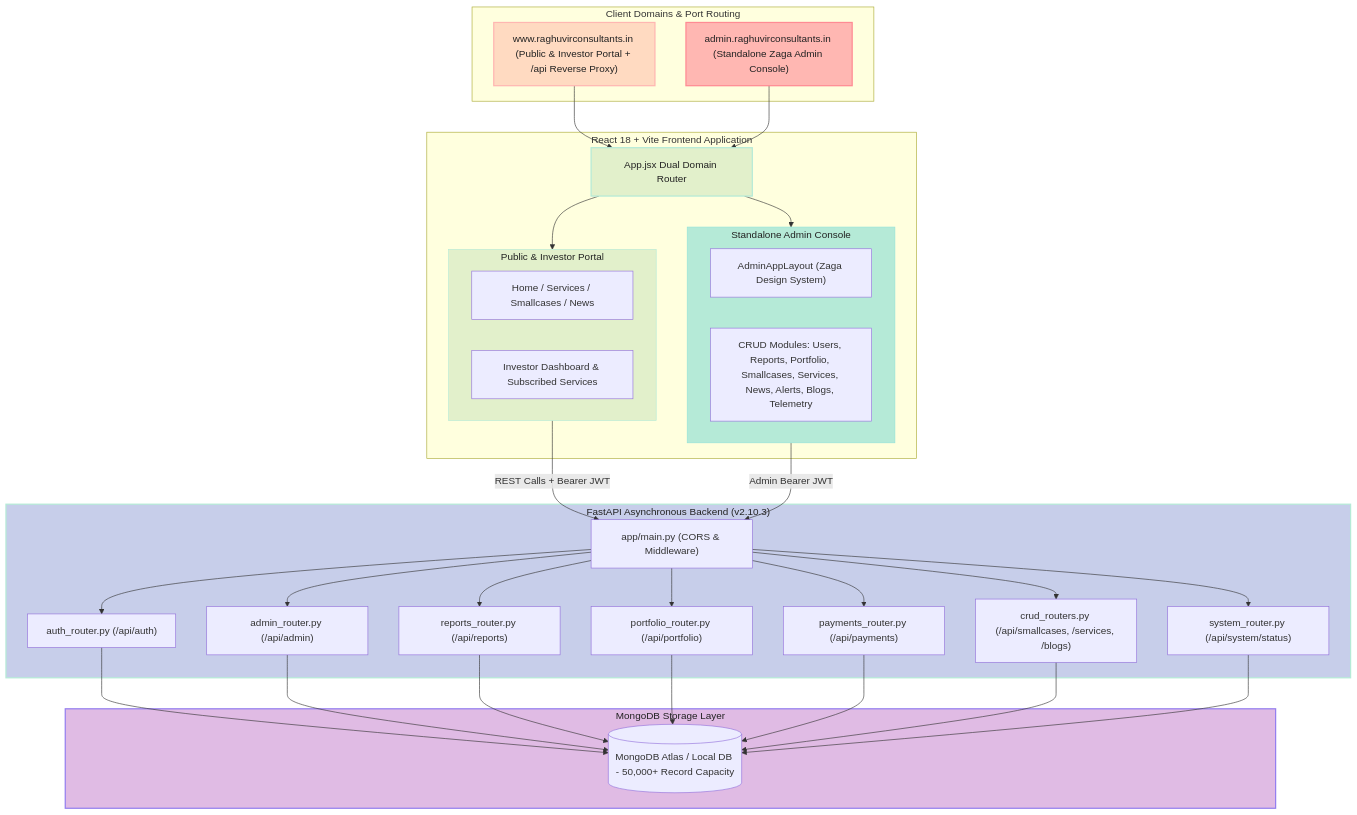
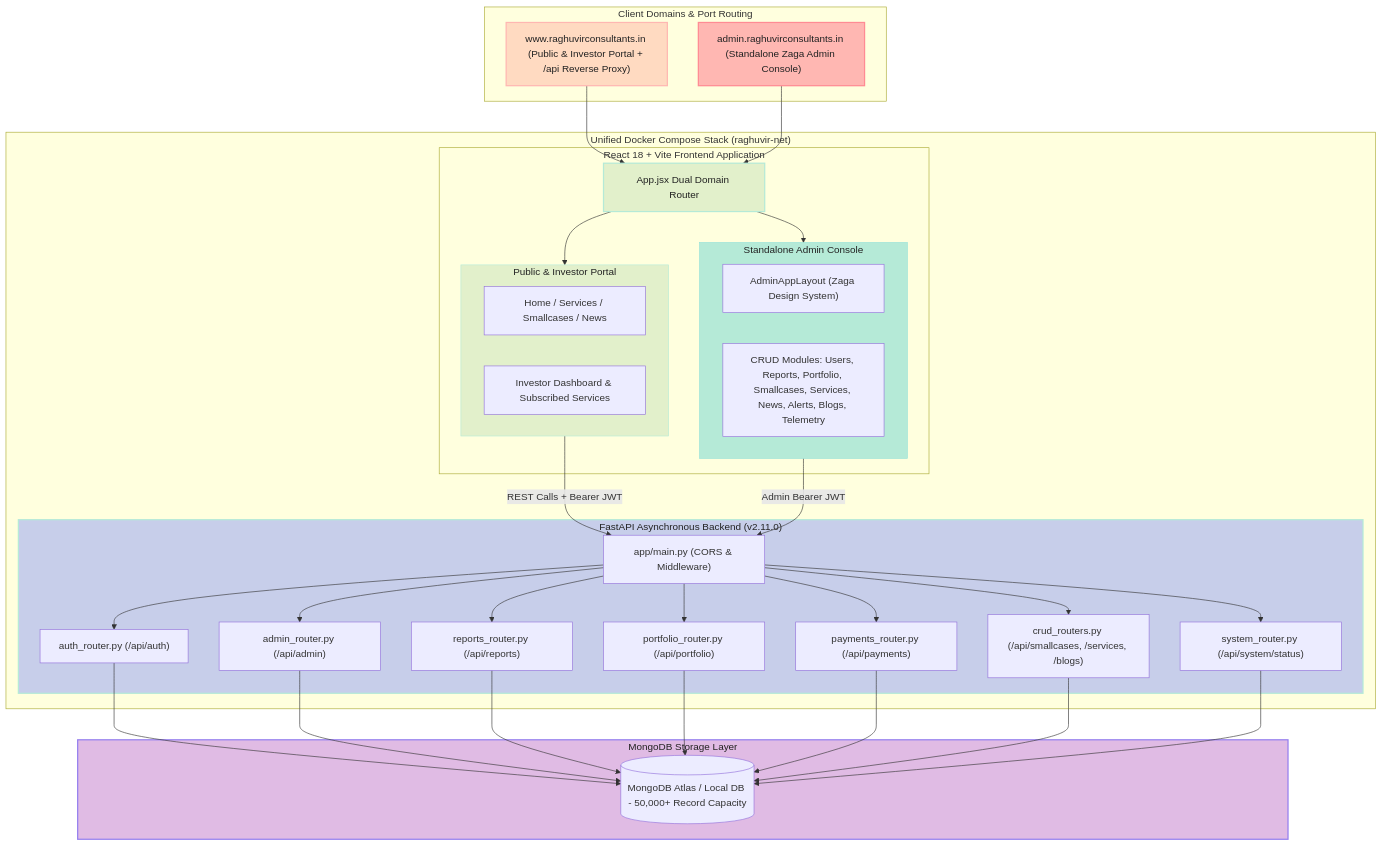
One commit to tejasrsuthar/raghuvirconsultants-site changed the first of 2 diagrams in backend/docs/ARCHITECTURE.md. Above: the diagram before and after it, drawn with Mermaid. The commit also changed other lines of this file and 23 other files, not shown here.

Commit message:
feat(orchestration): unified multi-service docker-compose stack and deployment guide, bump version to 2.11.0

````diff
--- a/backend/docs/ARCHITECTURE.md
+++ b/backend/docs/ARCHITECTURE.md
@@ -14,70 +14,72 @@
 ```mermaid
 graph TD
     subgraph ClientDomains["Client Domains & Port Routing"]
         PublicDomain["www.raghuvirconsultants.in (Public & Investor Portal + /api Reverse Proxy)"]
         AdminDomain["admin.raghuvirconsultants.in (Standalone Zaga Admin Console)"]
     end
 
-    subgraph ReactFrontend["React 18 + Vite Frontend Application"]
-        AppRouter["App.jsx Dual Domain Router"]
-        
-        subgraph PublicPortal["Public & Investor Portal"]
-          PublicViews["Home / Services / Smallcases / News"]
-          InvestorPortal["Investor Dashboard & Subscribed Services"]
+    subgraph ComposeStack["Unified Docker Compose Stack (raghuvir-net)"]
+        subgraph ReactFrontend["React 18 + Vite Frontend Application"]
+            AppRouter["App.jsx Dual Domain Router"]
+            
+            subgraph PublicPortal["Public & Investor Portal"]
+              PublicViews["Home / Services / Smallcases / News"]
+              InvestorPortal["Investor Dashboard & Subscribed Services"]
+            end
+
+            subgraph ZagaAdmin["Standalone Admin Console"]
+              AdminLayout["AdminAppLayout (Zaga Design System)"]
+              AdminModules["CRUD Modules: Users, Reports, Portfolio, Smallcases, Services, News, Alerts, Blogs, Telemetry"]
+            end
         end
 
-        subgraph ZagaAdmin["Standalone Admin Console"]
-          AdminLayout["AdminAppLayout (Zaga Design System)"]
-          AdminModules["CRUD Modules: Users, Reports, Portfolio, Smallcases, Services, News, Alerts, Blogs, Telemetry"]
+        subgraph FastAPIServer["FastAPI Asynchronous Backend (v2.11.0)"]
+            API["app/main.py (CORS & Middleware)"]
+            AuthRouter["auth_router.py (/api/auth)"]
+            AdminRouter["admin_router.py (/api/admin)"]
+            ReportsRouter["reports_router.py (/api/reports)"]
+            PortfolioRouter["portfolio_router.py (/api/portfolio)"]
+            PaymentsRouter["payments_router.py (/api/payments)"]
+            CRUDRouters["crud_routers.py (/api/smallcases, /services, /blogs)"]
+            SystemRouter["system_router.py (/api/system/status)"]
         end
-      end
-
-    subgraph FastAPIServer["FastAPI Asynchronous Backend (v2.10.3)"]
-        API["app/main.py (CORS & Middleware)"]
-        AuthRouter["auth_router.py (/api/auth)"]
-        AdminRouter["admin_router.py (/api/admin)"]
-        ReportsRouter["reports_router.py (/api/reports)"]
-        PortfolioRouter["portfolio_router.py (/api/portfolio)"]
-        PaymentsRouter["payments_router.py (/api/payments)"]
-        CRUDRouters["crud_routers.py (/api/smallcases, /services, /blogs)"]
-        SystemRouter["system_router.py (/api/system/status)"]
     end
 
     subgraph DataStore["MongoDB Storage Layer"]
         MongoDB[(MongoDB Atlas / Local DB - 50,000+ Record Capacity)]
     end
 
     PublicDomain --> AppRouter
     AdminDomain --> AppRouter
 
     AppRouter --> PublicPortal
     AppRouter --> ZagaAdmin
 
     PublicPortal -->|REST Calls + Bearer JWT| API
     ZagaAdmin -->|Admin Bearer JWT| API
 
     API --> AuthRouter
     API --> AdminRouter
     API --> ReportsRouter
     API --> PortfolioRouter
     API --> PaymentsRouter
     API --> CRUDRouters
     API --> SystemRouter
 
     AuthRouter --> MongoDB
     AdminRouter --> MongoDB
     ReportsRouter --> MongoDB
     PortfolioRouter --> MongoDB
     PaymentsRouter --> MongoDB
     CRUDRouters --> MongoDB
     SystemRouter --> MongoDB
 
     %% Pastel Color Palette Styling
     style PublicDomain fill:#FFDAC1,stroke:#FFB7B2,stroke-width:2px,color:#222;
     style AdminDomain fill:#FFB7B2,stroke:#FF8B94,stroke-width:2px,color:#222;
     style AppRouter fill:#E2F0CB,stroke:#B5EAD7,stroke-width:2px,color:#222;
     style PublicPortal fill:#E2F0CB,stroke:#B5EAD7,stroke-width:1px,color:#222;
     style ZagaAdmin fill:#B5EAD7,stroke:#93E1D8,stroke-width:1px,color:#222;
     style FastAPIServer fill:#C7CEEA,stroke:#B5EAD7,stroke-width:2px,color:#222;
     style DataStore fill:#E0BBE4,stroke:#957FEF,stroke-width:2px,color:#222;
 ```
````
